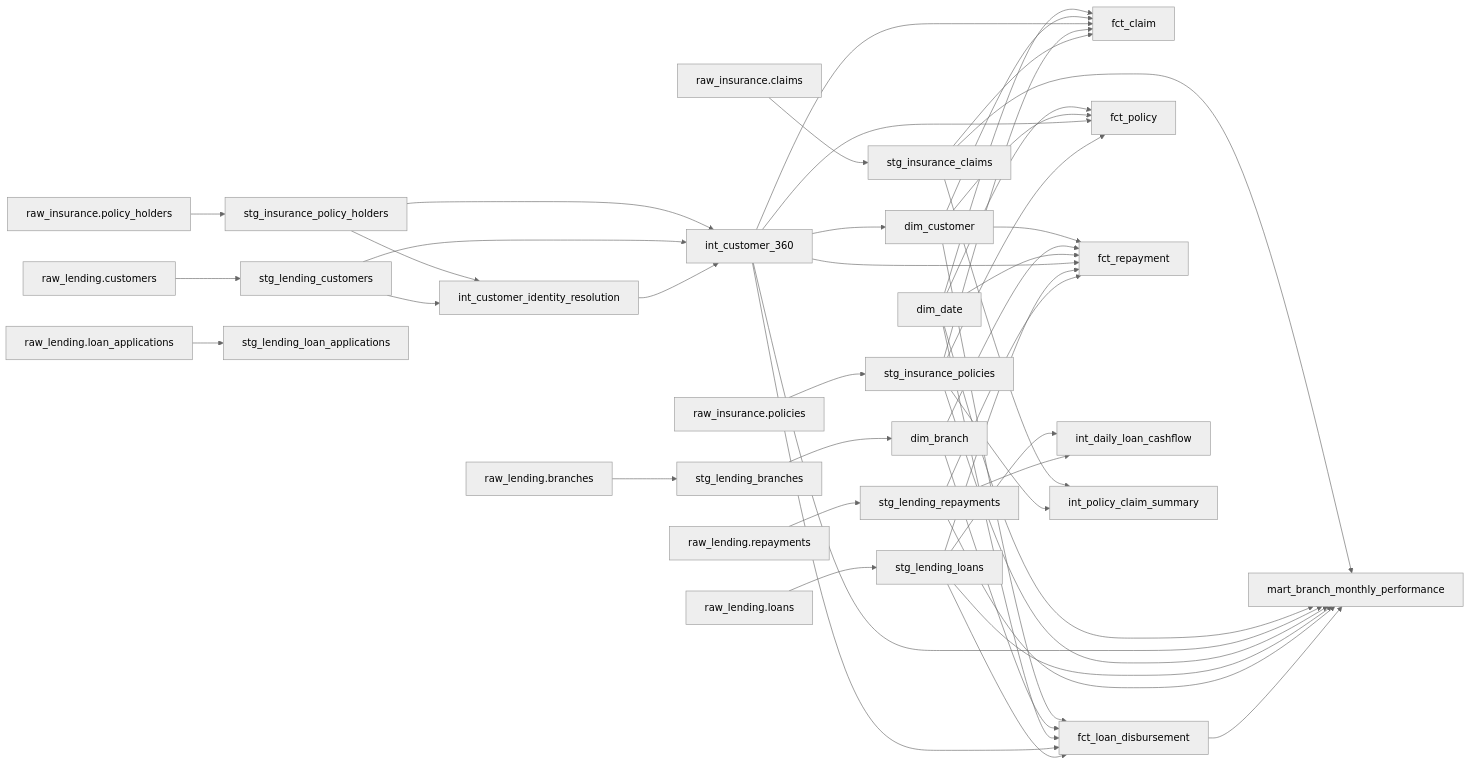
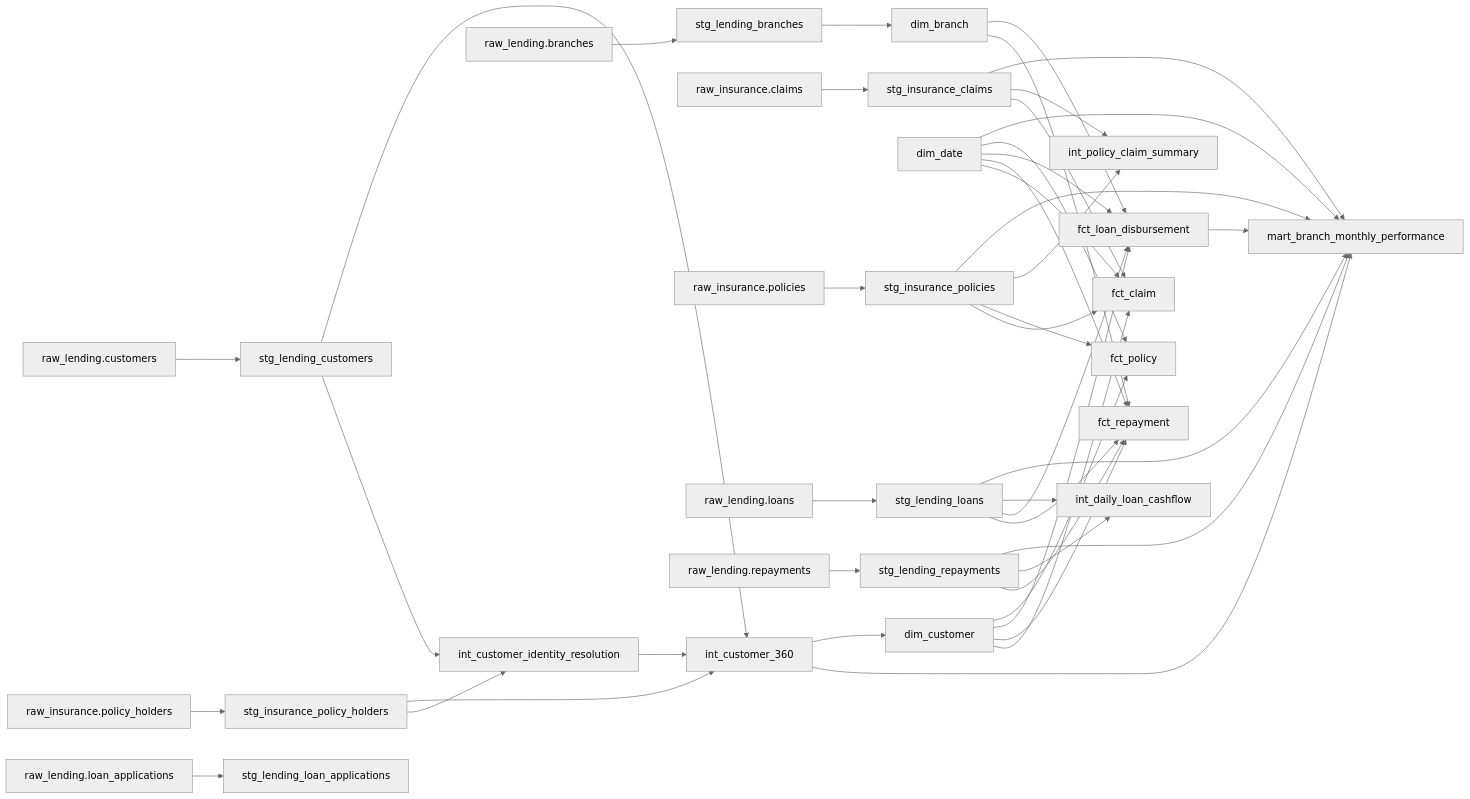
One commit to minhsphuc12/mvp-data-product changed the diagram in lineage/lineage.md. Above: the diagram before and after it, drawn with Mermaid (neutral theme). The commit also changed 22 other files, not shown here.

````diff
--- a/lineage/lineage.md
+++ b/lineage/lineage.md
@@ -3,77 +3,73 @@
 ```mermaid
 flowchart LR
   dim_branch["dim_branch"]
   dim_customer["dim_customer"]
   dim_date["dim_date"]
   fct_claim["fct_claim"]
   fct_loan_disbursement["fct_loan_disbursement"]
   fct_policy["fct_policy"]
   fct_repayment["fct_repayment"]
   int_customer_360["int_customer_360"]
   int_customer_identity_resolution["int_customer_identity_resolution"]
   int_daily_loan_cashflow["int_daily_loan_cashflow"]
   int_policy_claim_summary["int_policy_claim_summary"]
   mart_branch_monthly_performance["mart_branch_monthly_performance"]
   raw_insurance_claims["raw_insurance.claims"]
   raw_insurance_policies["raw_insurance.policies"]
   raw_insurance_policy_holders["raw_insurance.policy_holders"]
   raw_lending_branches["raw_lending.branches"]
   raw_lending_customers["raw_lending.customers"]
   raw_lending_loan_applications["raw_lending.loan_applications"]
   raw_lending_loans["raw_lending.loans"]
   raw_lending_repayments["raw_lending.repayments"]
   stg_insurance_claims["stg_insurance_claims"]
   stg_insurance_policies["stg_insurance_policies"]
   stg_insurance_policy_holders["stg_insurance_policy_holders"]
   stg_lending_branches["stg_lending_branches"]
   stg_lending_customers["stg_lending_customers"]
   stg_lending_loan_applications["stg_lending_loan_applications"]
   stg_lending_loans["stg_lending_loans"]
   stg_lending_repayments["stg_lending_repayments"]
-  raw_lending_loan_applications --> stg_lending_loan_applications
-  raw_insurance_policy_holders --> stg_insurance_policy_holders
-  raw_lending_customers --> stg_lending_customers
-  raw_insurance_claims --> stg_insurance_claims
-  raw_insurance_policies --> stg_insurance_policies
-  raw_lending_branches --> stg_lending_branches
-  raw_lending_repayments --> stg_lending_repayments
+  int_customer_360 --> dim_customer
   fct_loan_disbursement --> mart_branch_monthly_performance
   stg_lending_repayments --> mart_branch_monthly_performance
   stg_lending_loans --> mart_branch_monthly_performance
   stg_insurance_policies --> mart_branch_monthly_performance
   int_customer_360 --> mart_branch_monthly_performance
   dim_date --> mart_branch_monthly_performance
   stg_insurance_claims --> mart_branch_monthly_performance
-  stg_lending_branches --> dim_branch
-  int_customer_360 --> dim_customer
-  stg_insurance_policies --> int_policy_claim_summary
-  stg_insurance_claims --> int_policy_claim_summary
   int_customer_identity_resolution --> int_customer_360
   stg_lending_customers --> int_customer_360
   stg_insurance_policy_holders --> int_customer_360
+  stg_lending_customers --> int_customer_identity_resolution
+  stg_insurance_policy_holders --> int_customer_identity_resolution
+  raw_insurance_policy_holders --> stg_insurance_policy_holders
+  stg_insurance_policies --> int_policy_claim_summary
+  stg_insurance_claims --> int_policy_claim_summary
+  raw_insurance_policies --> stg_insurance_policies
+  raw_insurance_claims --> stg_insurance_claims
+  stg_lending_branches --> dim_branch
+  raw_lending_branches --> stg_lending_branches
+  raw_lending_customers --> stg_lending_customers
+  raw_lending_loan_applications --> stg_lending_loan_applications
   stg_lending_repayments --> int_daily_loan_cashflow
   stg_lending_loans --> int_daily_loan_cashflow
-  stg_lending_customers --> int_customer_identity_resolution
-  stg_insurance_policy_holders --> int_customer_identity_resolution
+  raw_lending_loans --> stg_lending_loans
+  raw_lending_repayments --> stg_lending_repayments
+  stg_insurance_policies --> fct_policy
+  dim_customer --> fct_policy
+  dim_date --> fct_policy
+  stg_lending_loans --> fct_loan_disbursement
+  dim_date --> fct_loan_disbursement
+  dim_branch --> fct_loan_disbursement
+  dim_customer --> fct_loan_disbursement
   stg_lending_repayments --> fct_repayment
   stg_lending_loans --> fct_repayment
-  int_customer_360 --> fct_repayment
   dim_date --> fct_repayment
   dim_branch --> fct_repayment
   dim_customer --> fct_repayment
   stg_insurance_claims --> fct_claim
   stg_insurance_policies --> fct_claim
-  int_customer_360 --> fct_claim
   dim_customer --> fct_claim
   dim_date --> fct_claim
-  stg_insurance_policies --> fct_policy
-  int_customer_360 --> fct_policy
-  dim_customer --> fct_policy
-  dim_date --> fct_policy
-  stg_lending_loans --> fct_loan_disbursement
-  int_customer_360 --> fct_loan_disbursement
-  dim_date --> fct_loan_disbursement
-  dim_branch --> fct_loan_disbursement
-  dim_customer --> fct_loan_disbursement
-  raw_lending_loans --> stg_lending_loans
 ```
````
